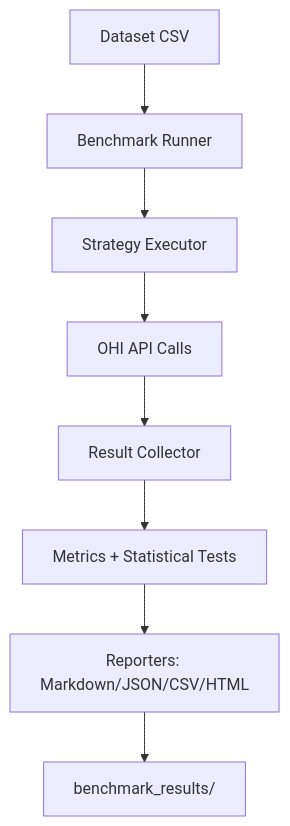
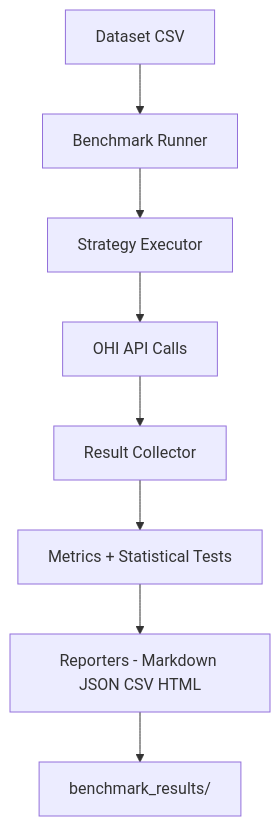
One commit to shiftbloom-studio/open-hallucination-index changed the first of 2 diagrams in src/benchmark/README.md. Above: the diagram before and after it, drawn with Mermaid. The commit also changed other lines of this file and 2 other files, not shown here.

Commit message:
feat: Improve readability of flowcharts in documentation by enhancing labels and descriptions

````diff
--- a/src/benchmark/README.md
+++ b/src/benchmark/README.md
@@ -18,10 +18,10 @@
 ```mermaid
 flowchart TD
   A[Dataset CSV] --> B[Benchmark Runner]
   B --> C[Strategy Executor]
   C --> D[OHI API Calls]
   D --> E[Result Collector]
   E --> F[Metrics + Statistical Tests]
-  F --> G[Reporters: Markdown/JSON/CSV/HTML]
+  F --> G["Reporters - Markdown JSON CSV HTML"]
   G --> H[benchmark_results/]
 ```
````
